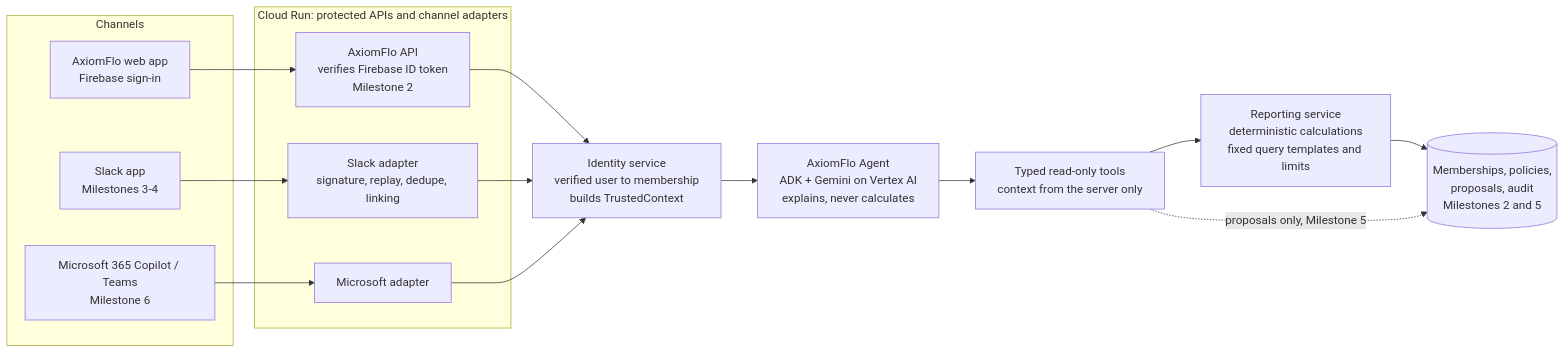
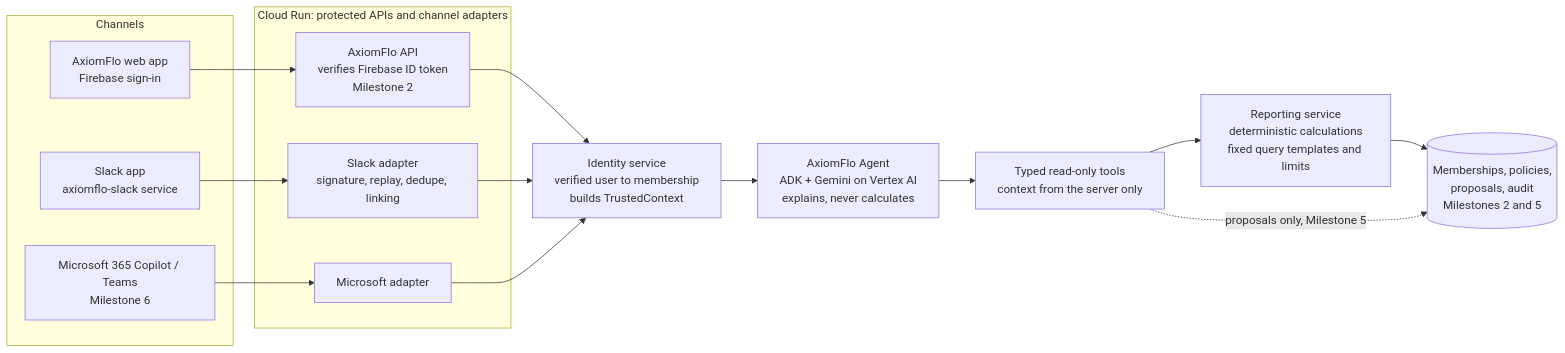
One commit to vikasbhutani/axiomflo-pilot changed the diagram in docs/agent/architecture.md. Above: the diagram before and after it, drawn with Mermaid. The commit also changed other lines of this file and 28 other files, not shown here.

````diff
--- a/docs/agent/architecture.md
+++ b/docs/agent/architecture.md
@@ -5,23 +5,23 @@
 ```mermaid
 flowchart LR
   subgraph Channels
     Web[AxiomFlo web app<br/>Firebase sign-in]
-    Slack[Slack app<br/>Milestones 3-4]
+    Slack[Slack app<br/>axiomflo-slack service]
     MS[Microsoft 365 Copilot / Teams<br/>Milestone 6]
   end
   subgraph CloudRun["Cloud Run: protected APIs and channel adapters"]
     API[AxiomFlo API<br/>verifies Firebase ID token<br/>Milestone 2]
     SA[Slack adapter<br/>signature, replay, dedupe, linking]
     MA[Microsoft adapter]
   end
   Identity[Identity service<br/>verified user to membership<br/>builds TrustedContext]
   Agent[AxiomFlo Agent<br/>ADK + Gemini on Vertex AI<br/>explains, never calculates]
   Tools[Typed read-only tools<br/>context from the server only]
   Reporting[Reporting service<br/>deterministic calculations<br/>fixed query templates and limits]
   Store[(Memberships, policies,<br/>proposals, audit<br/>Milestones 2 and 5)]
   Web --> API --> Identity
   Slack --> SA --> Identity
   MS --> MA --> Identity
   Identity --> Agent --> Tools --> Reporting --> Store
   Tools -. proposals only, Milestone 5 .-> Store
 ```
````
